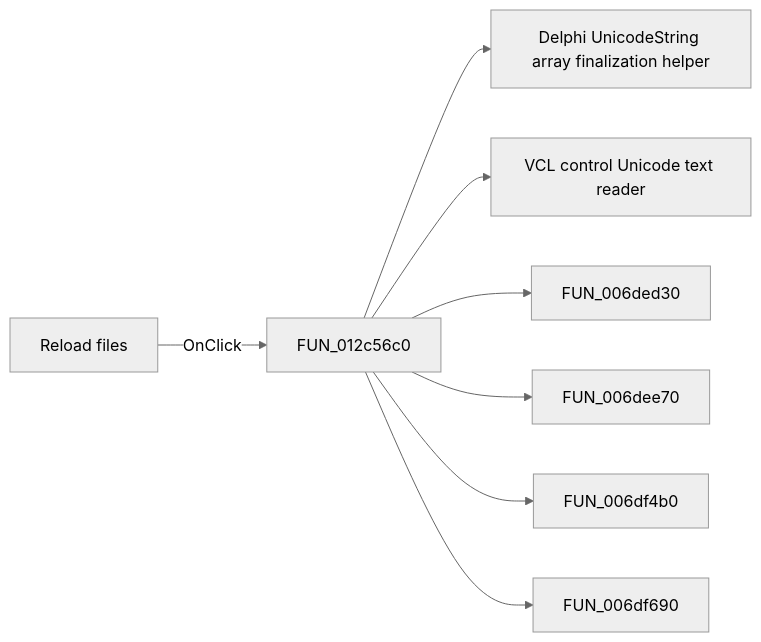
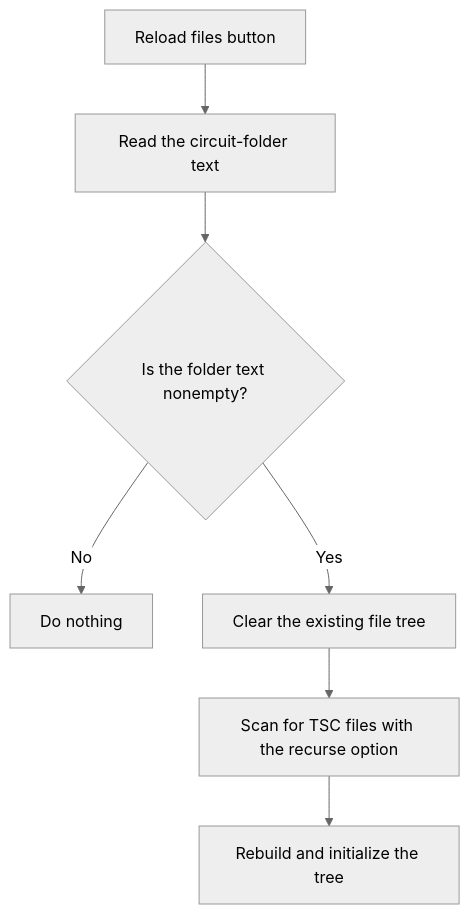
Before and after one commit to MovGP0/TIARA: the diagram in docs/ui-controls/frmtestbencheditor/btnreloadfiles-71f7b79688.md, drawn with Mermaid (neutral theme). The commit also changed other lines of this file and 387 other files, not shown here.

````diff
--- a/docs/ui-controls/frmtestbencheditor/btnreloadfiles-71f7b79688.md
+++ b/docs/ui-controls/frmtestbencheditor/btnreloadfiles-71f7b79688.md
@@ -27,10 +19,9 @@
 ```mermaid
-flowchart LR
-    control["Reload files"] -->|OnClick| handler["FUN_012c56c0"]
-    handler --> call1["Delphi UnicodeString array finalization helper"]
-    handler --> call2["VCL control Unicode text reader"]
-    handler --> call3["FUN_006ded30"]
-    handler --> call4["FUN_006dee70"]
-    handler --> call5["FUN_006df4b0"]
-    handler --> call6["FUN_006df690"]
+flowchart TD
+    control["Reload files button"] --> folder["Read the circuit-folder text"]
+    folder --> present{"Is the folder text nonempty?"}
+    present -->|No| noop["Do nothing"]
+    present -->|Yes| clear["Clear the existing file tree"]
+    clear --> scan["Scan for TSC files with the recurse option"]
+    scan --> rebuild["Rebuild and initialize the tree"]
 ```
````
